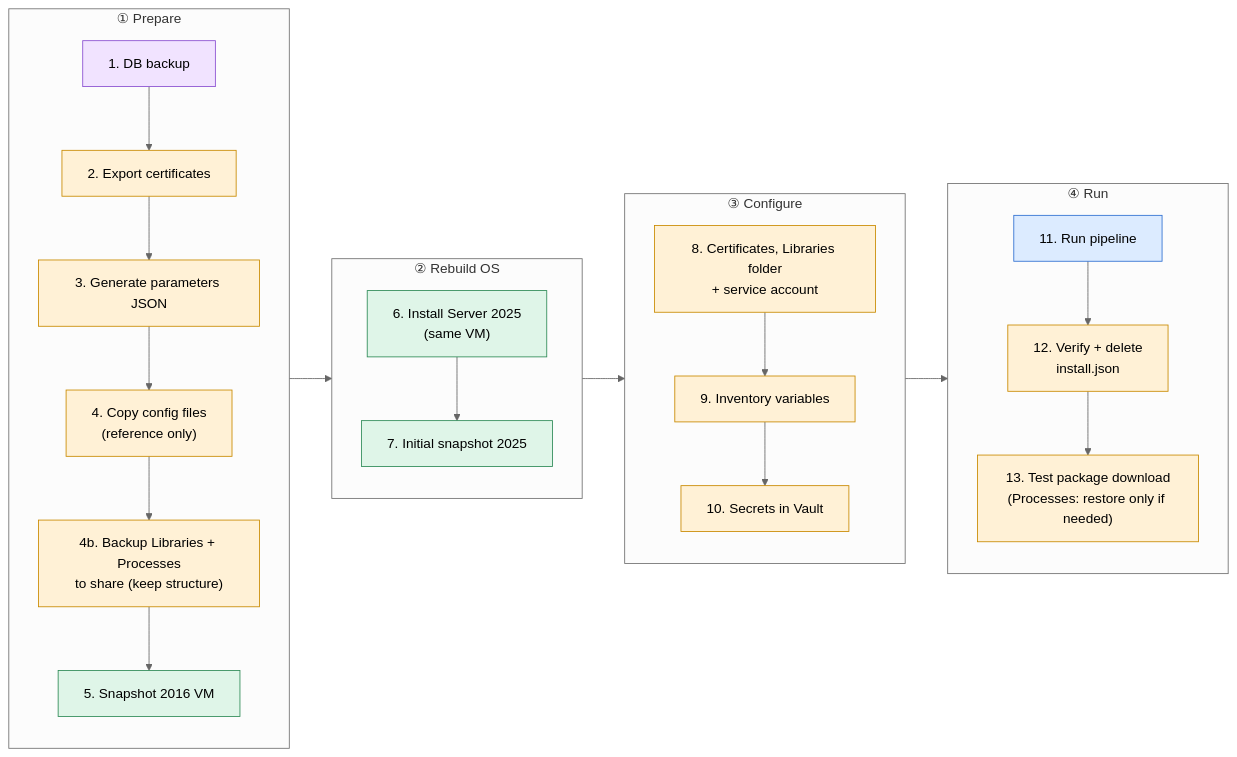
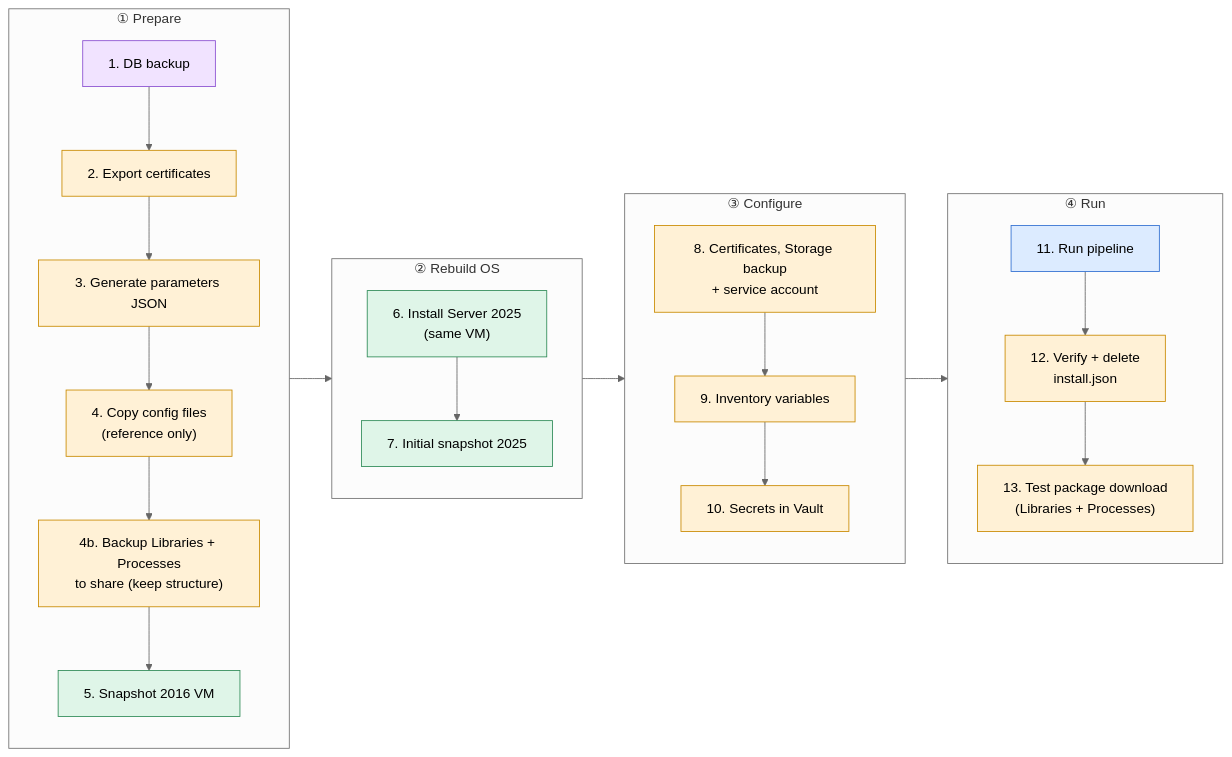
The fourth of 9 diagrams in docs/uipath-orchestrator-migration.md (kriarun/ansible-lab), drawn with Mermaid (neutral theme) before and after one commit. The commit also changed other lines of this file and 5 other files, not shown here.

````diff
--- a/docs/uipath-orchestrator-migration.md
+++ b/docs/uipath-orchestrator-migration.md
@@ -81,39 +81,39 @@
 ```mermaid
 flowchart LR
     subgraph P1["① Prepare"]
         direction TB
         s1["1. DB backup"]:::dba
         s2["2. Export certificates"]:::rpa
         s3["3. Generate parameters JSON"]:::rpa
         s4["4. Copy config files<br/>(reference only)"]:::rpa
         s4b["4b. Backup Libraries + Processes<br/>to share (keep structure)"]:::rpa
         s5["5. Snapshot 2016 VM"]:::win
         s1 --> s2 --> s3 --> s4 --> s4b --> s5
     end
     subgraph P2["② Rebuild OS"]
         direction TB
         s6["6. Install Server 2025<br/>(same VM)"]:::win
         s7["7. Initial snapshot 2025"]:::win
         s6 --> s7
     end
     subgraph P3["③ Configure"]
         direction TB
-        s8["8. Certificates, Libraries folder<br/>+ service account"]:::rpa
+        s8["8. Certificates, Storage backup<br/>+ service account"]:::rpa
         s9["9. Inventory variables"]:::rpa
         s10["10. Secrets in Vault"]:::rpa
         s8 --> s9 --> s10
     end
     subgraph P4["④ Run"]
         direction TB
         s11["11. Run pipeline"]:::ans
         s12["12. Verify + delete<br/>install.json"]:::rpa
-        s13["13. Test package download<br/>(Processes: restore only if needed)"]:::rpa
+        s13["13. Test package download<br/>(Libraries + Processes)"]:::rpa
         s11 --> s12 --> s13
     end
     P1 --> P2 --> P3 --> P4
 
     classDef rpa fill:#fff1d6,stroke:#c98a00,color:#000
     classDef dba fill:#f1e3ff,stroke:#8a4fd1,color:#000
     classDef win fill:#dff5e8,stroke:#2e8b57,color:#000
     classDef ans fill:#dcebff,stroke:#2f6fd1,color:#000
 ```
````
